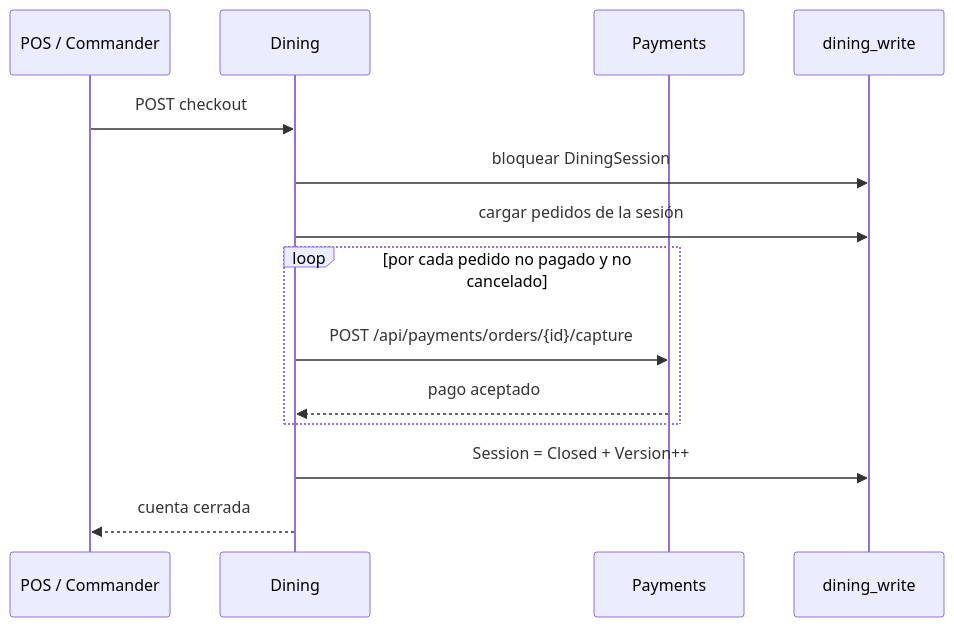
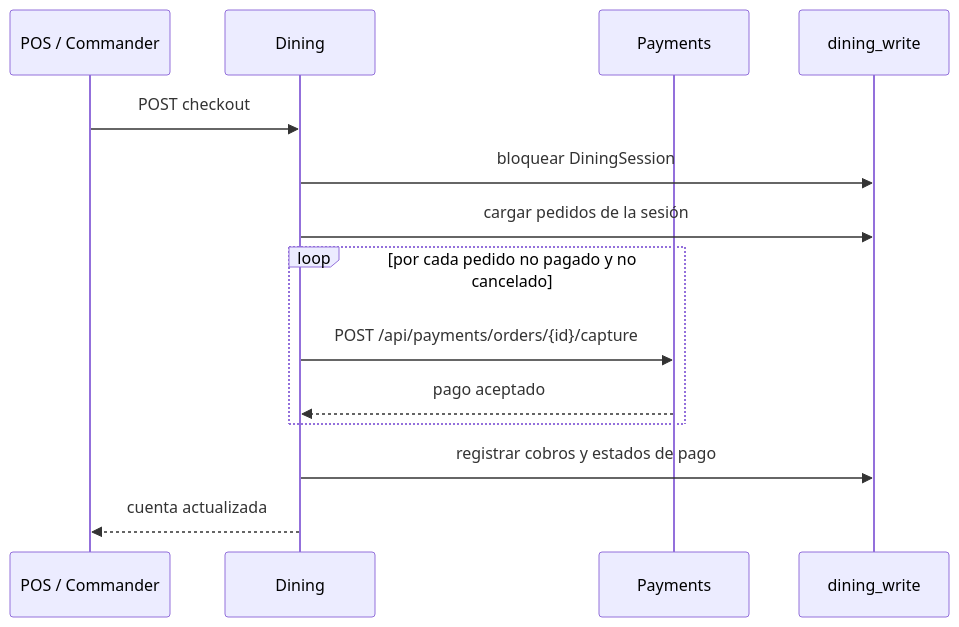
The third of 5 diagrams in docs/Dining.README.md (sergioocode/Restaurantes), drawn with Mermaid before and after one commit. The commit also changed other lines of this file and 46 other files, not shown here.

````diff
--- a/docs/Dining.README.md
+++ b/docs/Dining.README.md
@@ -416,19 +423,19 @@
 ```mermaid
 sequenceDiagram
     participant Client as POS / Commander
     participant Dining
     participant Payments
     participant DB as dining_write
 
     Client->>Dining: POST checkout
     Dining->>DB: bloquear DiningSession
     Dining->>DB: cargar pedidos de la sesión
 
     loop por cada pedido no pagado y no cancelado
         Dining->>Payments: POST /api/payments/orders/{id}/capture
         Payments-->>Dining: pago aceptado
     end
 
-    Dining->>DB: Session = Closed + Version++
-    Dining-->>Client: cuenta cerrada
+    Dining->>DB: registrar cobros y estados de pago
+    Dining-->>Client: cuenta actualizada
 ```
````
